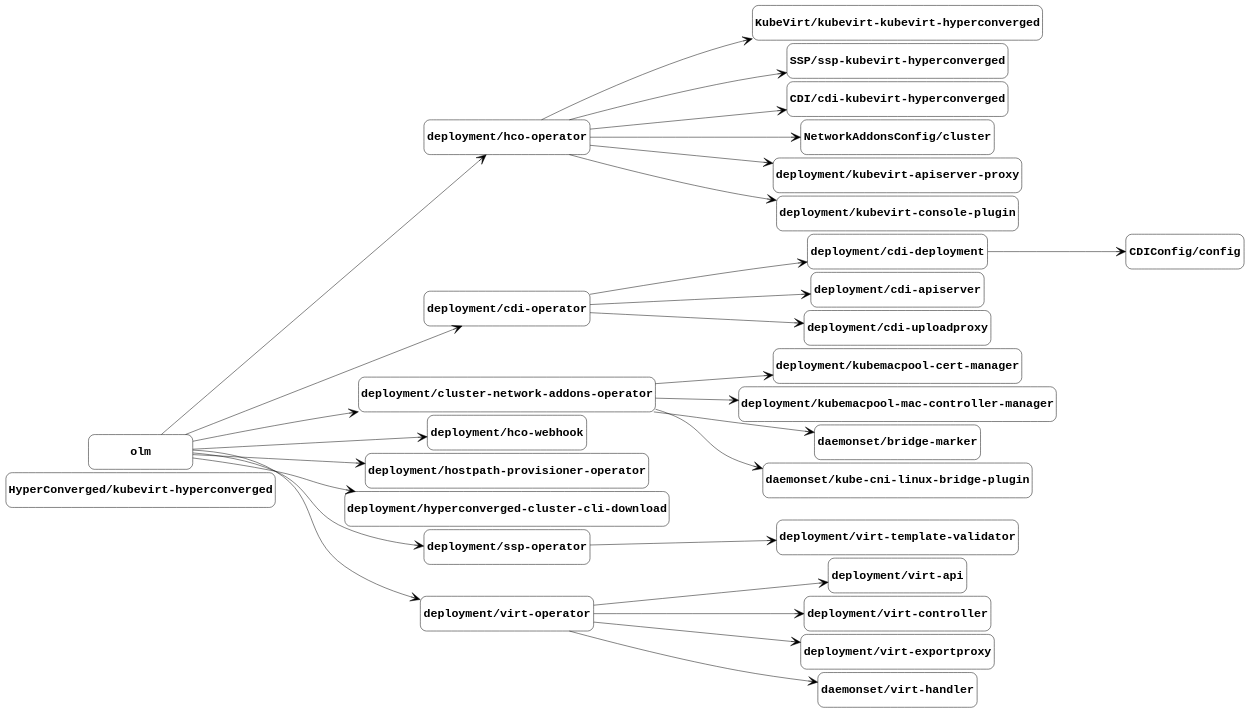
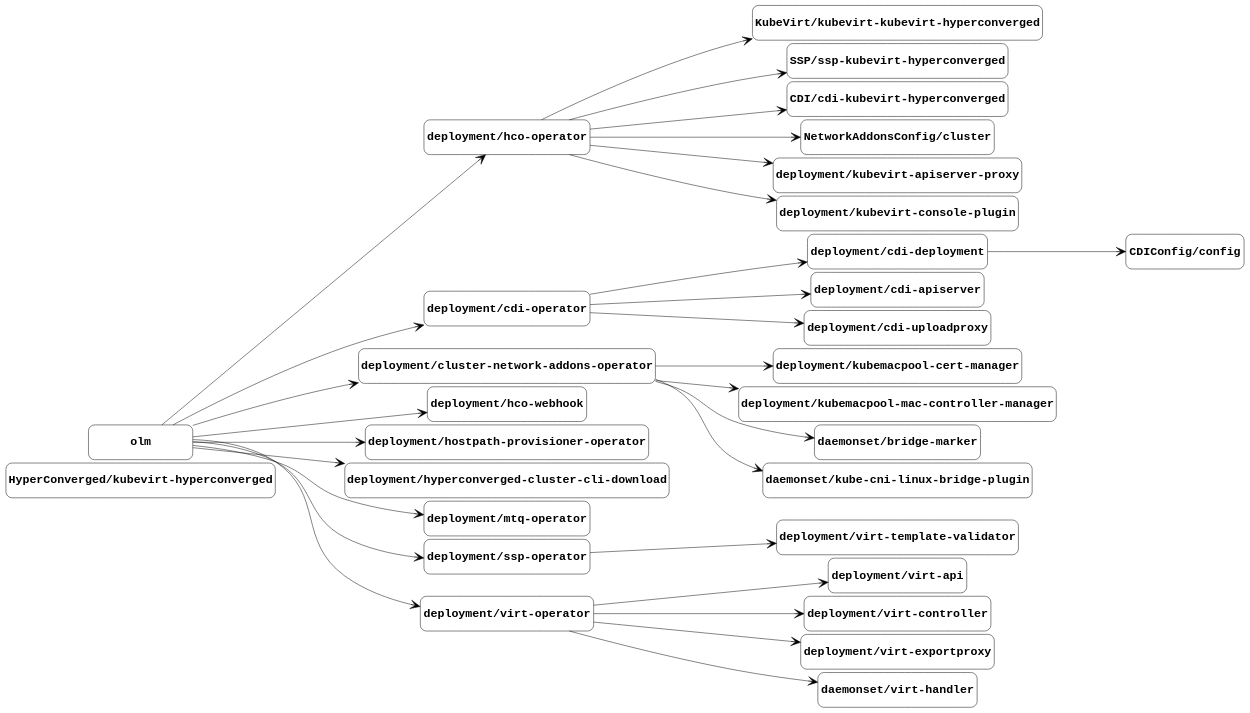
The diagram in docs/managed-by.gv (kubevirt/kubevirt), drawn with Graphviz before and after one commit. The commit also changed 3 other files, not shown here.

Commit message:
Update component graphs from the nightly job (#2471)

```diff
--- a/docs/managed-by.gv
+++ b/docs/managed-by.gv
@@ -1,87 +1,90 @@
 digraph "managed-by" {
 	graph [center=true margin=0.2 nodesep=0.1 rankdir=LR ranksep=2]
 	node [fontname="Courier-Bold" fontsize=24 height=1 shape=box style=rounded width=3]
 	edge [arrowhead=vee arrowsize=2]
 	"HyperConverged/kubevirt-hyperconverged" [label="HyperConverged/kubevirt-hyperconverged"]
 	"KubeVirt/kubevirt-kubevirt-hyperconverged" [label="KubeVirt/kubevirt-kubevirt-hyperconverged"]
 	"deployment/hco-operator" [label="deployment/hco-operator"]
 	"deployment/hco-operator" -> "KubeVirt/kubevirt-kubevirt-hyperconverged"
 	"SSP/ssp-kubevirt-hyperconverged" [label="SSP/ssp-kubevirt-hyperconverged"]
 	"deployment/hco-operator" [label="deployment/hco-operator"]
 	"deployment/hco-operator" -> "SSP/ssp-kubevirt-hyperconverged"
 	"CDI/cdi-kubevirt-hyperconverged" [label="CDI/cdi-kubevirt-hyperconverged"]
 	"deployment/hco-operator" [label="deployment/hco-operator"]
 	"deployment/hco-operator" -> "CDI/cdi-kubevirt-hyperconverged"
 	"CDIConfig/config" [label="CDIConfig/config"]
 	"deployment/cdi-deployment" [label="deployment/cdi-deployment"]
 	"deployment/cdi-deployment" -> "CDIConfig/config"
 	"NetworkAddonsConfig/cluster" [label="NetworkAddonsConfig/cluster"]
 	"deployment/hco-operator" [label="deployment/hco-operator"]
 	"deployment/hco-operator" -> "NetworkAddonsConfig/cluster"
 	"deployment/cdi-apiserver" [label="deployment/cdi-apiserver"]
 	"deployment/cdi-operator" [label="deployment/cdi-operator"]
 	"deployment/cdi-operator" -> "deployment/cdi-apiserver"
 	"deployment/cdi-deployment" [label="deployment/cdi-deployment"]
 	"deployment/cdi-operator" [label="deployment/cdi-operator"]
 	"deployment/cdi-operator" -> "deployment/cdi-deployment"
 	"deployment/cdi-operator" [label="deployment/cdi-operator"]
 	olm [label=olm]
 	olm -> "deployment/cdi-operator"
 	"deployment/cdi-uploadproxy" [label="deployment/cdi-uploadproxy"]
 	"deployment/cdi-operator" [label="deployment/cdi-operator"]
 	"deployment/cdi-operator" -> "deployment/cdi-uploadproxy"
 	"deployment/cluster-network-addons-operator" [label="deployment/cluster-network-addons-operator"]
 	olm [label=olm]
 	olm -> "deployment/cluster-network-addons-operator"
 	"deployment/hco-operator" [label="deployment/hco-operator"]
 	olm [label=olm]
 	olm -> "deployment/hco-operator"
 	"deployment/hco-webhook" [label="deployment/hco-webhook"]
 	olm [label=olm]
 	olm -> "deployment/hco-webhook"
 	"deployment/hostpath-provisioner-operator" [label="deployment/hostpath-provisioner-operator"]
 	olm [label=olm]
 	olm -> "deployment/hostpath-provisioner-operator"
 	"deployment/hyperconverged-cluster-cli-download" [label="deployment/hyperconverged-cluster-cli-download"]
 	olm [label=olm]
 	olm -> "deployment/hyperconverged-cluster-cli-download"
 	"deployment/kubemacpool-cert-manager" [label="deployment/kubemacpool-cert-manager"]
 	"deployment/cluster-network-addons-operator" [label="deployment/cluster-network-addons-operator"]
 	"deployment/cluster-network-addons-operator" -> "deployment/kubemacpool-cert-manager"
 	"deployment/kubemacpool-mac-controller-manager" [label="deployment/kubemacpool-mac-controller-manager"]
 	"deployment/cluster-network-addons-operator" [label="deployment/cluster-network-addons-operator"]
 	"deployment/cluster-network-addons-operator" -> "deployment/kubemacpool-mac-controller-manager"
 	"deployment/kubevirt-apiserver-proxy" [label="deployment/kubevirt-apiserver-proxy"]
 	"deployment/hco-operator" [label="deployment/hco-operator"]
 	"deployment/hco-operator" -> "deployment/kubevirt-apiserver-proxy"
 	"deployment/kubevirt-console-plugin" [label="deployment/kubevirt-console-plugin"]
 	"deployment/hco-operator" [label="deployment/hco-operator"]
 	"deployment/hco-operator" -> "deployment/kubevirt-console-plugin"
+	"deployment/mtq-operator" [label="deployment/mtq-operator"]
+	olm [label=olm]
+	olm -> "deployment/mtq-operator"
 	"deployment/ssp-operator" [label="deployment/ssp-operator"]
 	olm [label=olm]
 	olm -> "deployment/ssp-operator"
 	"deployment/virt-api" [label="deployment/virt-api"]
 	"deployment/virt-operator" [label="deployment/virt-operator"]
 	"deployment/virt-operator" -> "deployment/virt-api"
 	"deployment/virt-controller" [label="deployment/virt-controller"]
 	"deployment/virt-operator" [label="deployment/virt-operator"]
 	"deployment/virt-operator" -> "deployment/virt-controller"
 	"deployment/virt-exportproxy" [label="deployment/virt-exportproxy"]
 	"deployment/virt-operator" [label="deployment/virt-operator"]
 	"deployment/virt-operator" -> "deployment/virt-exportproxy"
 	"deployment/virt-operator" [label="deployment/virt-operator"]
 	olm [label=olm]
 	olm -> "deployment/virt-operator"
 	"deployment/virt-template-validator" [label="deployment/virt-template-validator"]
 	"deployment/ssp-operator" [label="deployment/ssp-operator"]
 	"deployment/ssp-operator" -> "deployment/virt-template-validator"
 	"daemonset/bridge-marker" [label="daemonset/bridge-marker"]
 	"deployment/cluster-network-addons-operator" [label="deployment/cluster-network-addons-operator"]
 	"deployment/cluster-network-addons-operator" -> "daemonset/bridge-marker"
 	"daemonset/kube-cni-linux-bridge-plugin" [label="daemonset/kube-cni-linux-bridge-plugin"]
 	"deployment/cluster-network-addons-operator" [label="deployment/cluster-network-addons-operator"]
 	"deployment/cluster-network-addons-operator" -> "daemonset/kube-cni-linux-bridge-plugin"
 	"daemonset/virt-handler" [label="daemonset/virt-handler"]
 	"deployment/virt-operator" [label="deployment/virt-operator"]
 	"deployment/virt-operator" -> "daemonset/virt-handler"
 }
```
